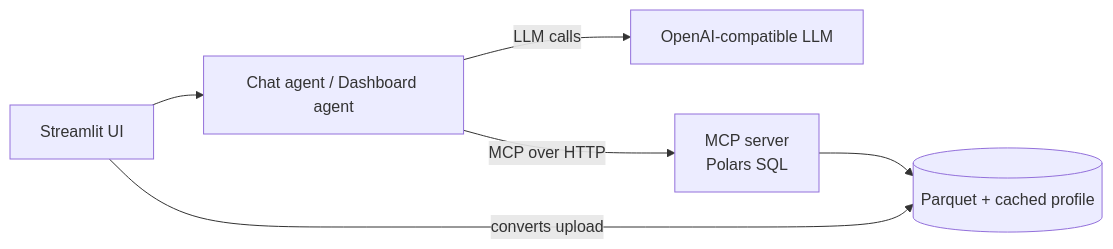
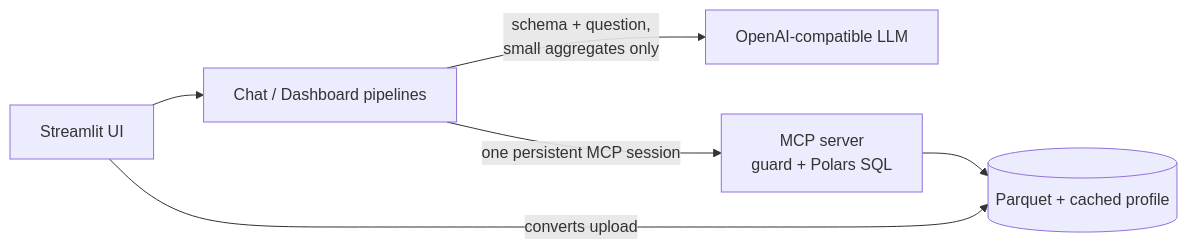
One commit to arunak1998/mcp-csv-intelligence changed the diagram in README.md. Above: the diagram before and after it, drawn with Mermaid. The commit also changed other lines of this file, not shown here.

Commit message:
Document the two-call chat, template dashboards and persistent MCP session

````diff
--- a/README.md
+++ b/README.md
@@ -14,8 +18,8 @@
 ```mermaid
 flowchart LR
-    UI[Streamlit UI] --> A[Chat agent / Dashboard agent]
-    A -->|LLM calls| LLM[OpenAI-compatible LLM]
-    A -->|MCP over HTTP| S[MCP server<br/>Polars SQL]
+    UI[Streamlit UI] --> A[Chat / Dashboard pipelines]
+    A -->|schema + question,<br/>small aggregates only| LLM[OpenAI-compatible LLM]
+    A -->|one persistent MCP session| S[MCP server<br/>guard + Polars SQL]
     S --> PQ[(Parquet + cached profile)]
     UI -->|converts upload| PQ
 ```
````
